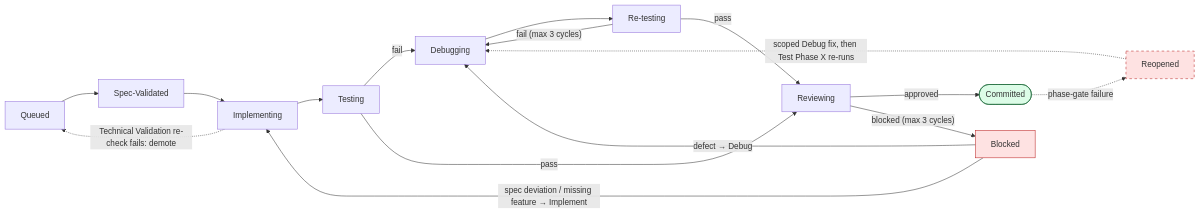
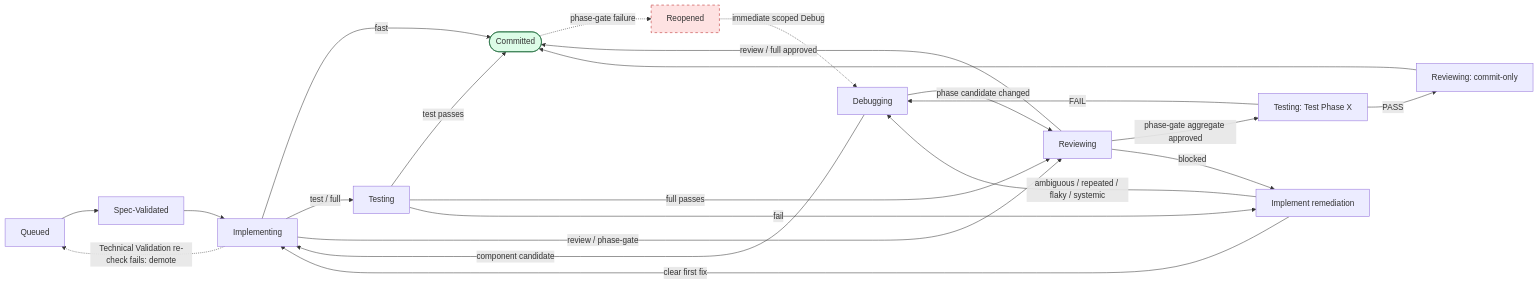
One commit to sjmeehan9/tycoon changed the seventh of 11 diagrams in supporting-files/AGENT_FLOWS.md. Above: the diagram before and after it, drawn with Mermaid. The commit also changed other lines of this file and 67 other files, not shown here.

````diff
--- a/supporting-files/AGENT_FLOWS.md
+++ b/supporting-files/AGENT_FLOWS.md
@@ -269,22 +305,27 @@
 ```mermaid
 flowchart LR
     Q[Queued] --> SV[Spec-Validated]
     SV --> I[Implementing]
-    I --> T[Testing]
-    T -->|fail| D[Debugging]
-    D --> RT[Re-testing]
-    RT -->|"fail (max 3 cycles)"| D
-    RT -->|pass| R[Reviewing]
-    T -->|pass| R
-    R -->|approved| C([Committed])
-    R -->|"blocked (max 3 cycles)"| B[Blocked]
-    B -->|"spec deviation / missing feature → Implement"| I
-    B -->|"defect → Debug"| D
+    I -->|fast| C([Committed])
+    I -->|test / full| T[Testing]
+    I -->|review / phase-gate| R[Reviewing]
+    T -->|test passes| C
+    T -->|full passes| R
+    R -->|review / full approved| C
+    R -->|phase-gate aggregate approved| PT[Testing: Test Phase X]
+    PT -->|PASS| RC[Reviewing: commit-only]
+    RC --> C
+    T -->|fail| IF[Implement remediation]
+    PT -->|FAIL| D[Debugging]
+    R -->|blocked| IF
+    IF -->|clear first fix| I
+    IF -->|"ambiguous / repeated / flaky / systemic"| D
+    D -->|component candidate| I
+    D -->|phase candidate changed| R
     I -.->|"Technical Validation re-check fails: demote"| Q
     C -.->|"phase-gate failure"| RO[Reopened]
-    RO -.->|"scoped Debug fix, then Test Phase X re-runs"| D
+    RO -.->|"immediate scoped Debug"| D
 
     style C fill:#dcfce7,stroke:#166534
-    style B fill:#fee2e2,stroke:#b91c1c
     style RO fill:#fee2e2,stroke:#b91c1c,stroke-dasharray: 5 5
 ```
````
